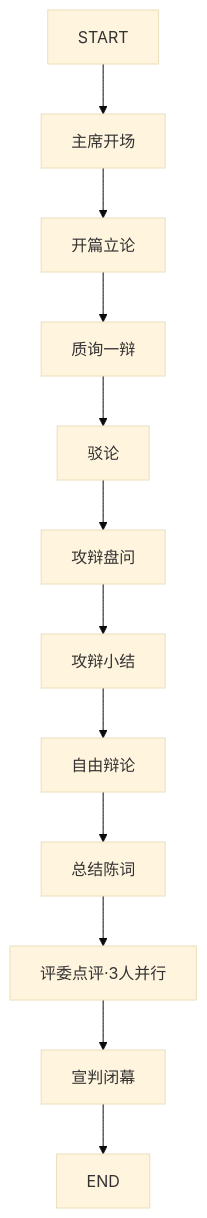
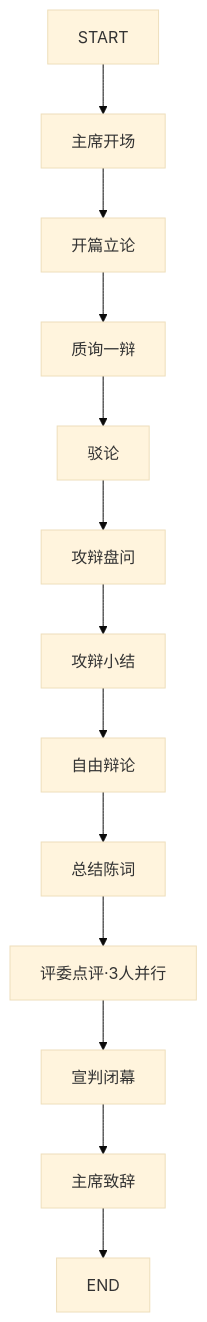
One commit to dreamer6364/multi-agent-debate changed the diagram in ARCHITECTURE.md. Above: the diagram before and after it, drawn with Mermaid (base theme). The commit also changed other lines of this file and 74 other files, not shown here.

````diff
--- a/ARCHITECTURE.md
+++ b/ARCHITECTURE.md
@@ -116,6 +116,6 @@
 ```mermaid
 graph TD
     START --> N1[主席开场] --> N2[开篇立论] --> N3[质询一辩] --> N4[驳论]
     N4 --> N5[攻辩盘问] --> N6[攻辩小结] --> N7[自由辩论] --> N8[总结陈词]
-    N8 --> N9[评委点评·3人并行] --> N10[宣判闭幕] --> END
+    N8 --> N9[评委点评·3人并行] --> N10[宣判闭幕] --> N11[主席致辞] --> END
 ```
````
